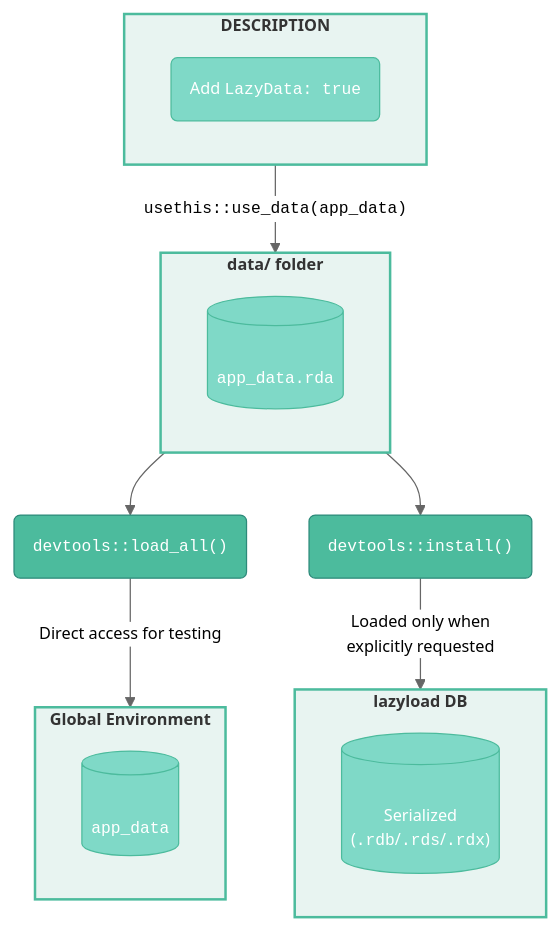
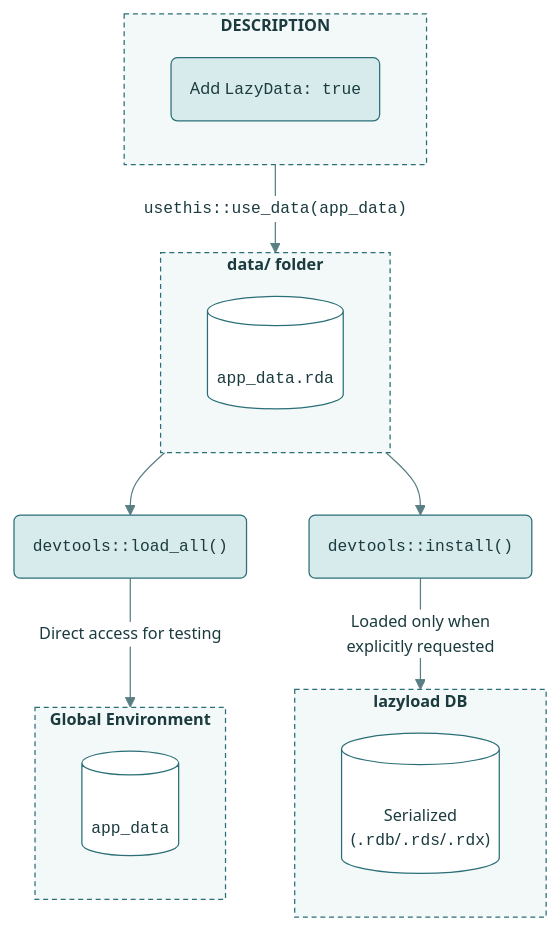
One commit to mjfrigaard/shiny-app-pkgs changed the diagram in data.qmd. Above: the diagram before and after it, drawn with Mermaid. The commit also changed 22 other files, not shown here.

First line of the commit message:
Standardize mermaid diagrams on the site teal palette

````diff
--- a/data.qmd
+++ b/data.qmd
@@ -213,37 +213,36 @@
 ```{mermaid}
 %%| fig-cap: 'LazyData field in the DESCRIPTION file'
 %%| fig-align: center
-%%{init: {'theme': 'neutral', 'themeVariables': { 'fontFamily': 'monospace', "fontSize":"13px"}}}%%
+%%{init: {'theme': 'base', 'themeVariables': { 'fontFamily': 'monospace', "fontSize":"13px", "primaryColor":"#D7EBEC", "primaryTextColor":"#1B3B3F", "primaryBorderColor":"#2A6F77", "lineColor":"#5A7F83", "edgeLabelBackground":"#FFFFFF", "clusterBkg":"#F3F8F8", "clusterBorder":"#2A6F77", "darkMode":false}}}%%
 flowchart TD
     subgraph DESC["<strong>DESCRIPTION</strong>"]
         LazyData("Add <code>LazyData: true</code>")
     end
     subgraph Data["<strong>data/ folder</strong>"]
         app_data[("<br><code>app_data.rda</code>")]
     end
     subgraph Global["<strong>Global Environment</strong>"]
         load_data[("<br><code>app_data</code>")]
     end
     subgraph Lazy["<strong>lazyload DB</strong>"]
         app_data_lazy[("<br>Serialized<br> (<code>.rdb</code>/<code>.rds</code>/<code>.rdx</code>)")]
     end
     load("<code>devtools::load_all()</code>")
     inst("<code>devtools::install()</code>")
     
     DESC -->|"<code>usethis::use_data(app_data)</code>"|Data
     Data --> load & inst
     load --> |"Direct access for testing"|Global
     inst --> |"Loaded only when<br>explicitly requested"|Lazy
 
-    style DESC fill:#e8f4f1,stroke:#4CBB9D,stroke-width:2px
-    style Data fill:#e8f4f1,stroke:#4CBB9D,stroke-width:2px
-    style Global fill:#e8f4f1,stroke:#4CBB9D,stroke-width:2px
-    style Lazy fill:#e8f4f1,stroke:#4CBB9D,stroke-width:2px
-    style LazyData fill:#7fd9c7,color:#fff,stroke:#4CBB9D,stroke-width:1px
-    style app_data fill:#7fd9c7,color:#fff,stroke:#4CBB9D,stroke-width:1px
-    style load_data fill:#7fd9c7,color:#fff,stroke:#4CBB9D,stroke-width:1px
-    style app_data_lazy fill:#7fd9c7,color:#fff,stroke:#4CBB9D,stroke-width:1px
-    style load fill:#4CBB9D,color:#fff,stroke:#2d8a7a,stroke-width:1px
-    style inst fill:#4CBB9D,color:#fff,stroke:#2d8a7a,stroke-width:1px
-
+    classDef term fill:#2A6F77,color:#FFFFFF,stroke:#1B4F55,stroke-width:1px
+    classDef step fill:#D7EBEC,color:#1B3B3F,stroke:#2A6F77,stroke-width:1px
+    classDef decision fill:#F4C26B,color:#3D2A00,stroke:#B7832B,stroke-width:1px
+    classDef io fill:#FFFFFF,color:#1B3B3F,stroke:#2A6F77,stroke-width:1px
+    class LazyData,load,inst step
+    class app_data,load_data,app_data_lazy io
+    style DESC fill:#F3F8F8,color:#1B3B3F,stroke:#2A6F77,stroke-width:1px,stroke-dasharray:4 3
+    style Data fill:#F3F8F8,color:#1B3B3F,stroke:#2A6F77,stroke-width:1px,stroke-dasharray:4 3
+    style Global fill:#F3F8F8,color:#1B3B3F,stroke:#2A6F77,stroke-width:1px,stroke-dasharray:4 3
+    style Lazy fill:#F3F8F8,color:#1B3B3F,stroke:#2A6F77,stroke-width:1px,stroke-dasharray:4 3
 ```
````
